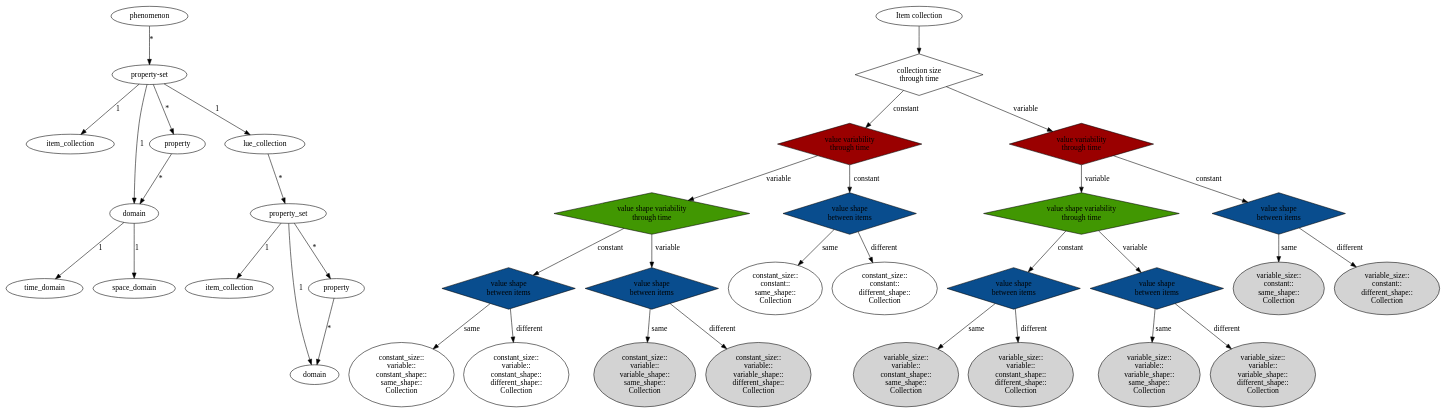
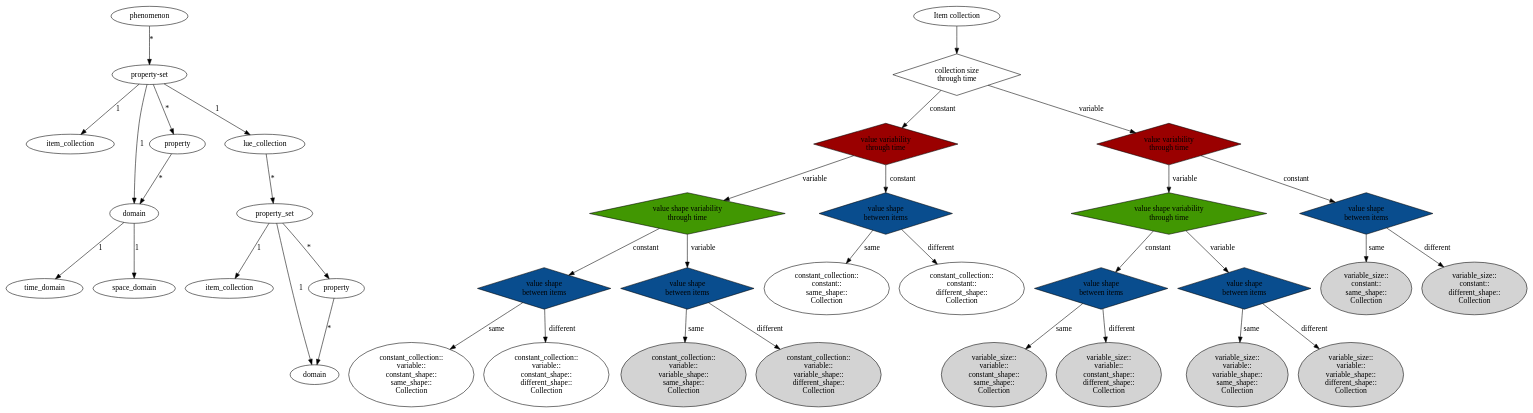
Before and after one commit to computationalgeography/lue: the diagram in source/lue_cxx/doc/datamodel.dot, drawn with Graphviz. The commit also changed 292 other files, not shown here.

Commit message:
Rename constant_size to constant_collection

```diff
--- a/source/lue_cxx/doc/datamodel.dot
+++ b/source/lue_cxx/doc/datamodel.dot
@@ -158,26 +158,26 @@
     ];
 
     same_shape1 [
-        label="constant_size::\nconstant::\nsame_shape::\nCollection"
+        label="constant_collection::\nconstant::\nsame_shape::\nCollection"
         style=""
     ];
     different_shape1 [
-        label="constant_size::\nconstant::\ndifferent_shape::\nCollection"
+        label="constant_collection::\nconstant::\ndifferent_shape::\nCollection"
         style=""
     ];
     same_shape2 [
-        label="constant_size::\nvariable::\nconstant_shape::\nsame_shape::\nCollection"
+        label="constant_collection::\nvariable::\nconstant_shape::\nsame_shape::\nCollection"
         style=""
     ];
     different_shape2 [
-        label="constant_size::\nvariable::\nconstant_shape::\ndifferent_shape::\nCollection"
+        label="constant_collection::\nvariable::\nconstant_shape::\ndifferent_shape::\nCollection"
         style=""
     ];
     same_shape3 [
-        label="constant_size::\nvariable::\nvariable_shape::\nsame_shape::\nCollection"
+        label="constant_collection::\nvariable::\nvariable_shape::\nsame_shape::\nCollection"
     ];
     different_shape3 [
-        label="constant_size::\nvariable::\nvariable_shape::\ndifferent_shape::\nCollection"
+        label="constant_collection::\nvariable::\nvariable_shape::\ndifferent_shape::\nCollection"
     ];
 
 
```
